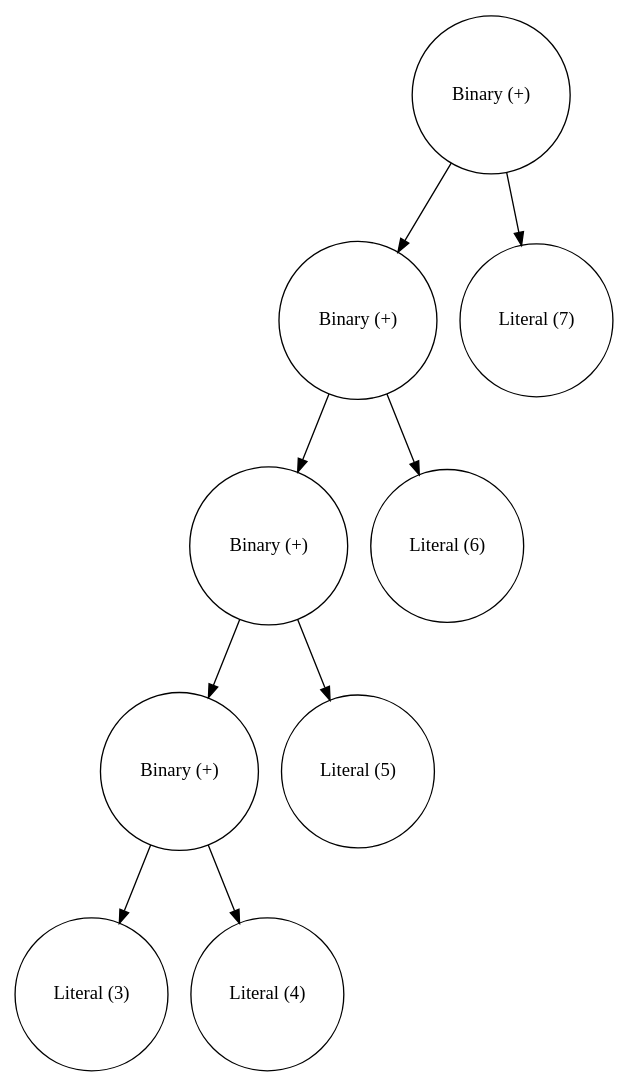
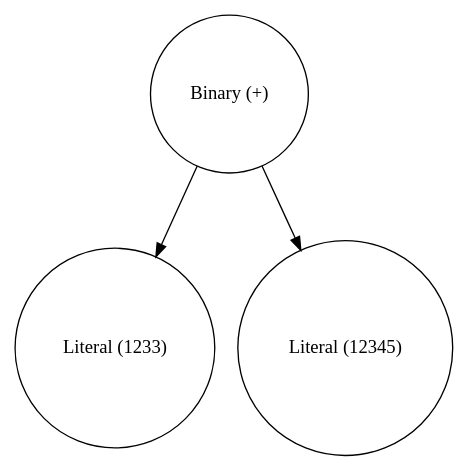
The diagram in CompilerCreationTool/CompilerCreationTool/ast.dot (chosti34/CompilerCreationTool), drawn with Graphviz before and after one commit. The commit also changed 3 other files, not shown here.

```diff
--- a/CompilerCreationTool/CompilerCreationTool/ast.dot
+++ b/CompilerCreationTool/CompilerCreationTool/ast.dot
@@ -1,19 +1,7 @@
 digraph {
 0 [shape="circle" label="Binary (+)"];
-1 [shape="circle" label="Binary (+)"];
-2 [shape="circle" label="Binary (+)"];
-3 [shape="circle" label="Binary (+)"];
-4 [shape="circle" label="Literal (3)"];
-5 [shape="circle" label="Literal (4)"];
-3->4 [label=" "];
-3->5 [label=" "];
-6 [shape="circle" label="Literal (5)"];
-2->3 [label=" "];
-2->6 [label=" "];
-7 [shape="circle" label="Literal (6)"];
-1->2 [label=" "];
-1->7 [label=" "];
-8 [shape="circle" label="Literal (7)"];
+1 [shape="circle" label="Literal (1233)"];
+2 [shape="circle" label="Literal (12345)"];
 0->1 [label=" "];
-0->8 [label=" "];
+0->2 [label=" "];
 }
```
